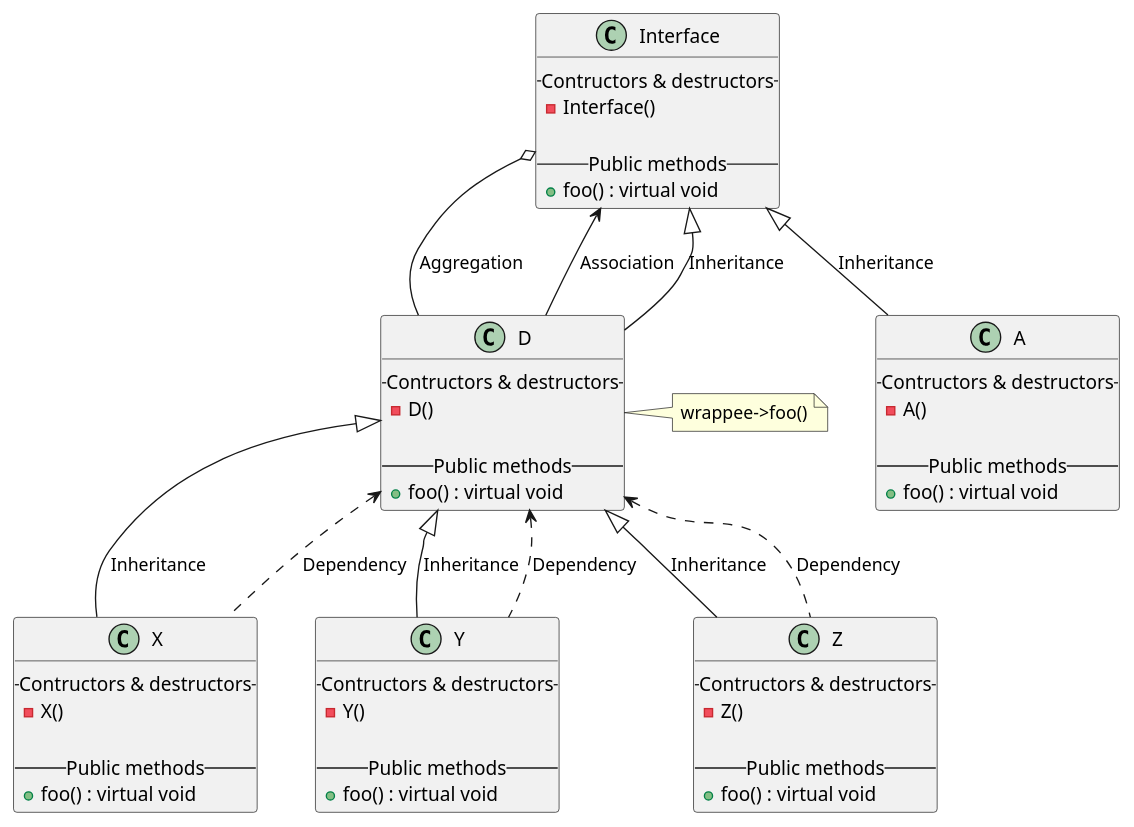
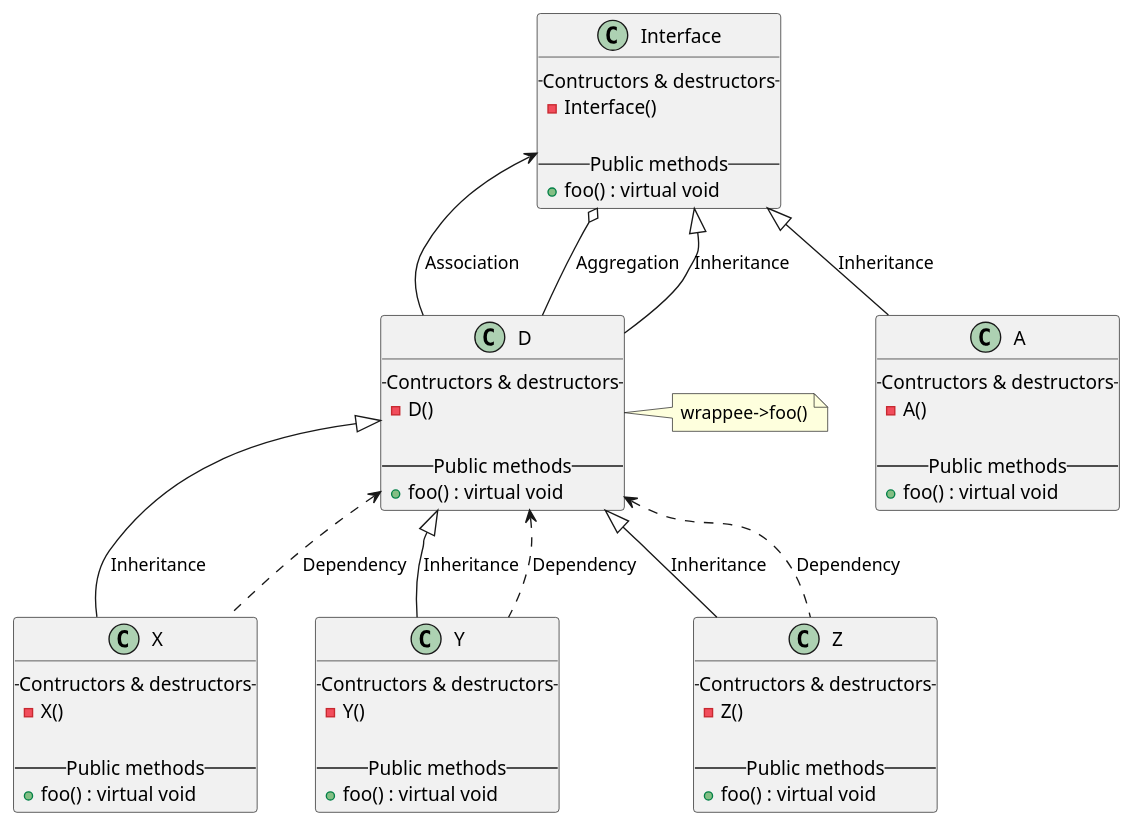
One commit to PhysicsX/DesignPatterns changed the diagram in Structural/DecoratorPattern/Example1/UML/Instance.puml. Above: the diagram before and after it, drawn with PlantUML.

Commit message:
Update aggregation

```diff
--- a/Structural/DecoratorPattern/Example1/UML/Instance.puml
+++ b/Structural/DecoratorPattern/Example1/UML/Instance.puml
@@ -1,74 +1,75 @@
 @startuml
 
 Interface <|-- A: Inheritance
+
+Interface <-- D: Association
 Interface o-- D: Aggregation
-Interface <-- D: Association
 Interface <|-- D: Inheritance
 D <|-- X: Inheritance
 D <|-- Y: Inheritance
 D <|-- Z: Inheritance
 
 D <.. X: Dependency
 D <.. Y: Dependency
 D <.. Z: Dependency
 
 note "wrappee->foo()" as n1
 D -right-> n1
 
 class Interface
 {
     -- Contructors & destructors --
     - Interface()
     
     -- Public methods --
     + foo() : virtual void
 }
 
 class A
 {
     -- Contructors & destructors --
     - A()
     
     -- Public methods --
     + foo() : virtual void
 }
 
 class D
 {
     -- Contructors & destructors --
     - D()
     
     -- Public methods --
     + foo() : virtual void
 }
 
 
 class X
 {
     -- Contructors & destructors --
     - X()
     
     -- Public methods --
     + foo() : virtual void
 }
 
 class Y
 {
     -- Contructors & destructors --
     - Y()
     
     -- Public methods --
     + foo() : virtual void
 }
 
 class Z
 {
     -- Contructors & destructors --
     - Z()
     
     -- Public methods --
     + foo() : virtual void
 }
 
 
 @enduml
```
